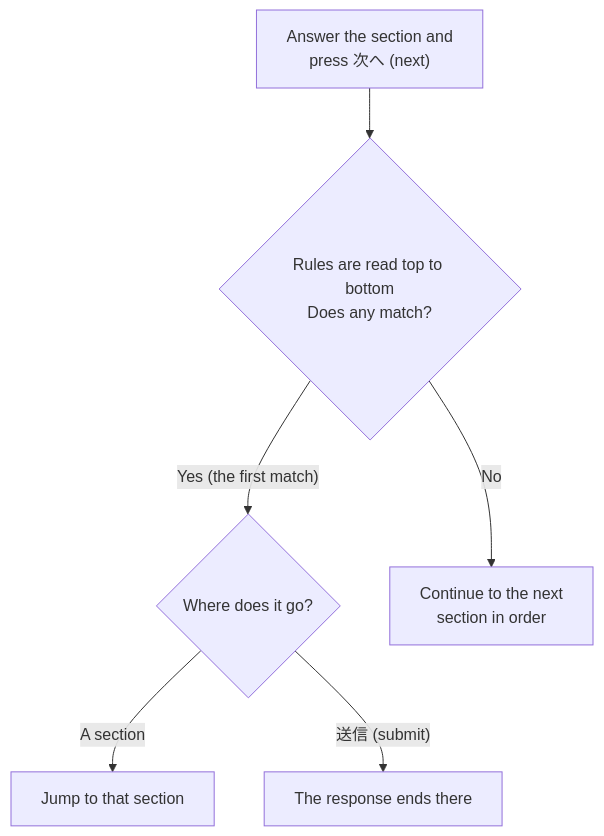
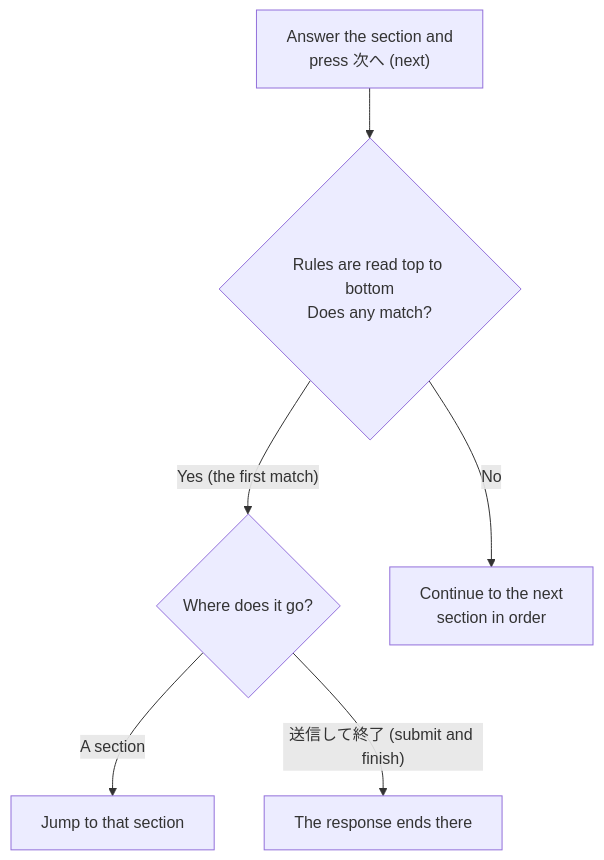
Before and after one commit to Kuisin/ckk-tool-v3: the diagram in coolify/apps/nextjs-web/content/manual/operations/general/forms/user.en.md, drawn with Mermaid. The commit also changed other lines of this file and 29 other files, not shown here.

````diff
--- a/coolify/apps/nextjs-web/content/manual/operations/general/forms/user.en.md
+++ b/coolify/apps/nextjs-web/content/manual/operations/general/forms/user.en.md
@@ -75,8 +132,8 @@
 ```mermaid
 flowchart TD
   s["Answer the section and<br/>press 次へ (next)"] --> q{"Rules are read top to bottom<br/>Does any match?"}
   q -->|"Yes (the first match)"| t{"Where does it go?"}
   q -->|"No"| n["Continue to the next<br/>section in order"]
   t -->|"A section"| j["Jump to that section"]
-  t -->|"送信 (submit)"| e["The response ends there"]
+  t -->|"送信して終了 (submit and finish)"| e["The response ends there"]
 ```
````
